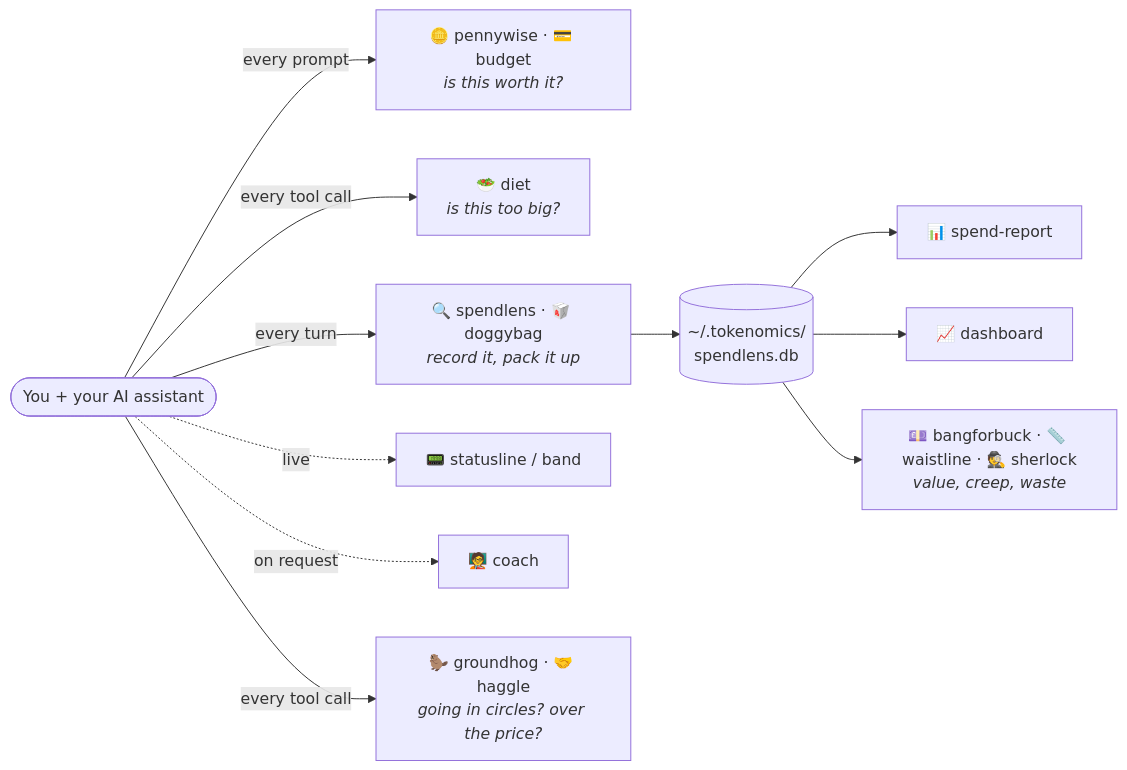
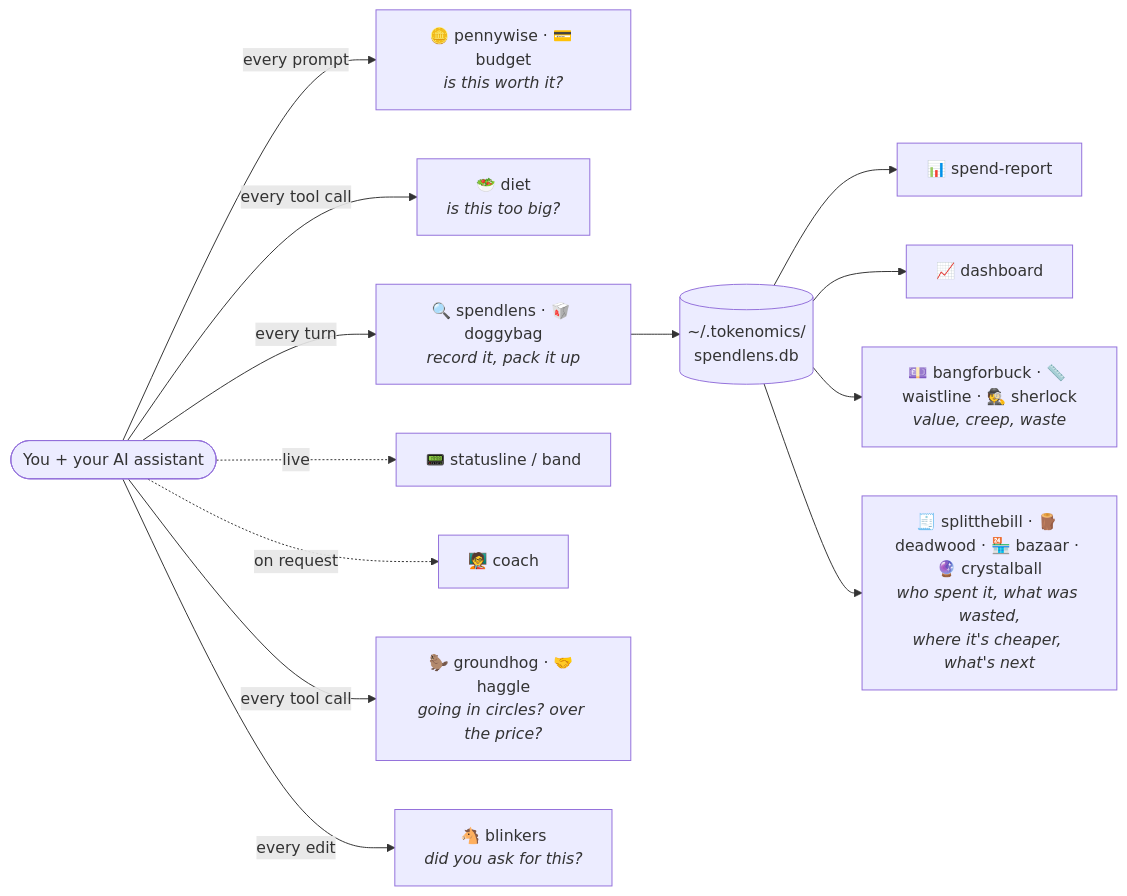
Before and after one commit to andrew44/tokenomics: the diagram in README.md, drawn with Mermaid. The commit also changed other lines of this file and 42 other files, not shown here.

````diff
--- a/README.md
+++ b/README.md
@@ -238,13 +295,15 @@
 ```mermaid
 flowchart LR
     You(["You + your AI assistant"]) -->|every prompt| G["🪙 pennywise · 💳 budget<br/><i>is this worth it?</i>"]
     You -->|every tool call| D["🥗 diet<br/><i>is this too big?</i>"]
     You -->|every turn| S["🔍 spendlens · 🥡 doggybag<br/><i>record it, pack it up</i>"]
     S --> DB[("~/.tokenomics/<br/>spendlens.db")]
     DB --> R["📊 spend-report"]
     DB --> W["📈 dashboard"]
     You -.->|live| B["📟 statusline / band"]
     You -.->|on request| C["🧑‍🏫 coach"]
     You -->|every tool call| L["🦫 groundhog · 🤝 haggle<br/><i>going in circles? over the price?</i>"]
     DB --> V["💷 bangforbuck · 📏 waistline · 🕵️ sherlock<br/><i>value, creep, waste</i>"]
+    You -->|every edit| BL["🐴 blinkers<br/><i>did you ask for this?</i>"]
+    DB --> X["🧾 splitthebill · 🪵 deadwood · 🏪 bazaar · 🔮 crystalball<br/><i>who spent it, what was wasted,<br/>where it's cheaper, what's next</i>"]
 ```
````
